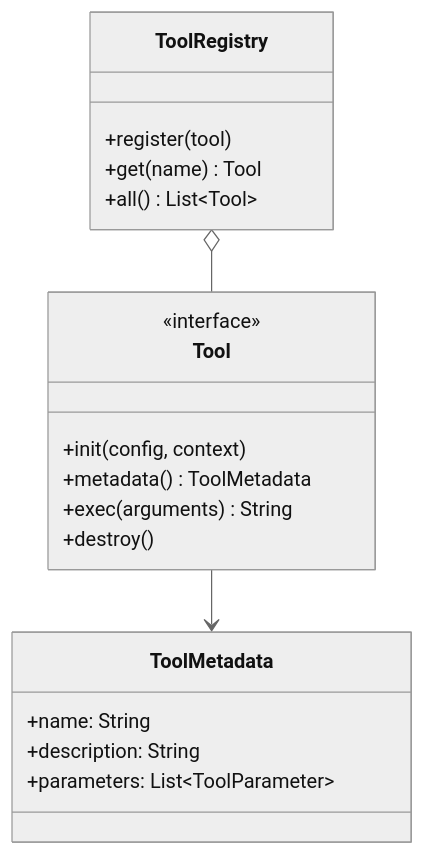
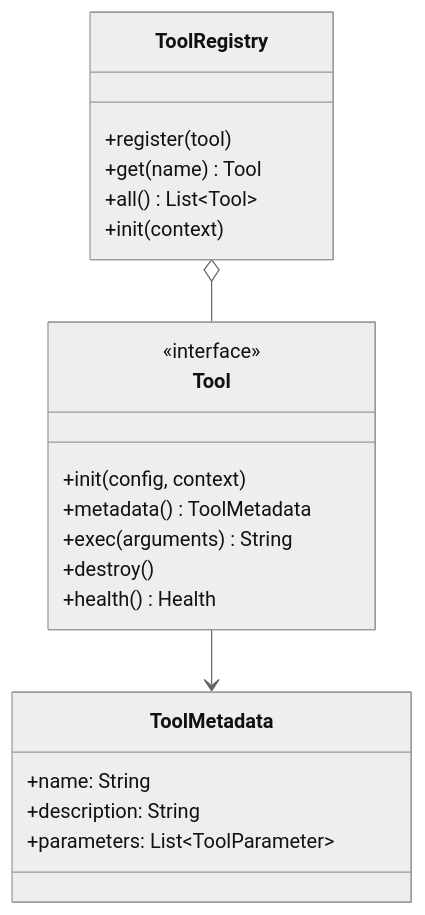
One commit to wutsi/kokibot changed the seventh of 14 diagrams in ARCHITECTURE.md. Above: the diagram before and after it, drawn with Mermaid (neutral theme). The commit also changed other lines of this file and 6 other files, not shown here.

````diff
--- a/ARCHITECTURE.md
+++ b/ARCHITECTURE.md
@@ -218,25 +432,27 @@
 ```mermaid
 classDiagram
     class Tool {
         <<interface>>
         +init(config, context)
         +metadata() ToolMetadata
         +exec(arguments) String
         +destroy()
+        +health() Health
     }
     
     class ToolMetadata {
         +name: String
         +description: String
         +parameters: List~ToolParameter~
     }
     
     class ToolRegistry {
         +register(tool)
         +get(name) Tool
         +all() List~Tool~
+        +init(context)
     }
     
     Tool --> ToolMetadata
     ToolRegistry o-- Tool
 ```
````
